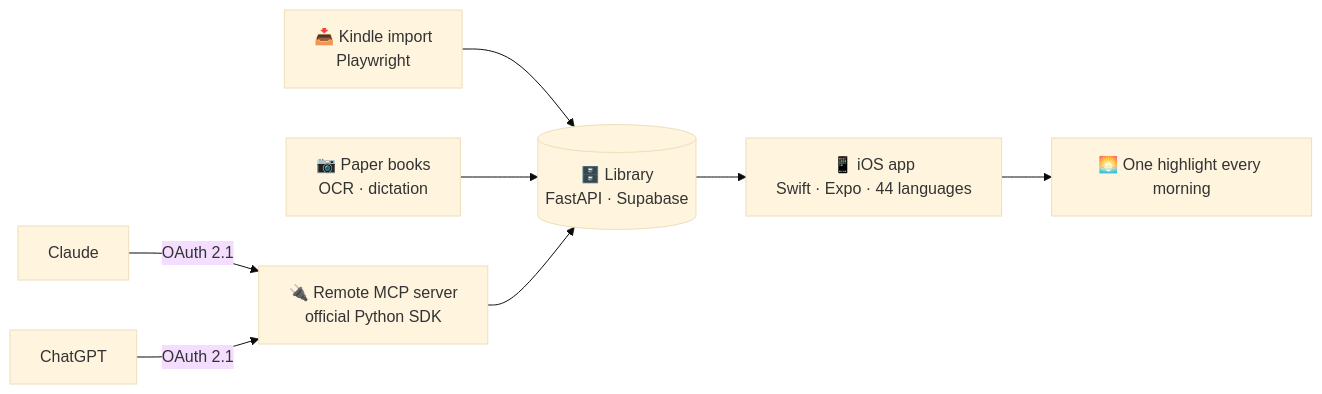
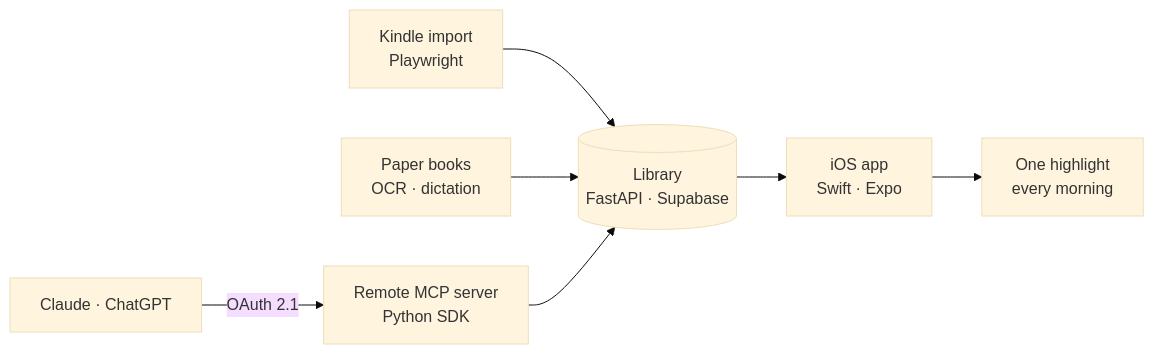
Before and after one commit to yeguacelestial/yeguacelestial: the second of 3 diagrams in README.md, drawn with Mermaid (base theme). The commit also changed other lines of this file and 10 other files, not shown here.

First line of the commit message:
Strip the profile README back to plain text and one real chart

````diff
--- a/README.md
+++ b/README.md
@@ -72,10 +58,9 @@
 ```mermaid
 flowchart LR
-  kindle["📥 Kindle import<br/>Playwright"] --> core[("🗄️ Library<br/>FastAPI · Supabase")]
-  paper["📷 Paper books<br/>OCR · dictation"] --> core
-  core --> ios["📱 iOS app<br/>Swift · Expo · 44 languages"]
-  ios --> daily["🌅 One highlight every morning"]
-  claude["Claude"] -->|"OAuth 2.1"| mcp["🔌 Remote MCP server<br/>official Python SDK"]
-  chatgpt["ChatGPT"] -->|"OAuth 2.1"| mcp
-  mcp --> core
+  kindle["Kindle import<br/>Playwright"] --> lib[("Library<br/>FastAPI · Supabase")]
+  paper["Paper books<br/>OCR · dictation"] --> lib
+  lib --> app["iOS app<br/>Swift · Expo"]
+  app --> daily["One highlight<br/>every morning"]
+  ai["Claude · ChatGPT"] -->|"OAuth 2.1"| mcp["Remote MCP server<br/>Python SDK"]
+  mcp --> lib
 ```
````
